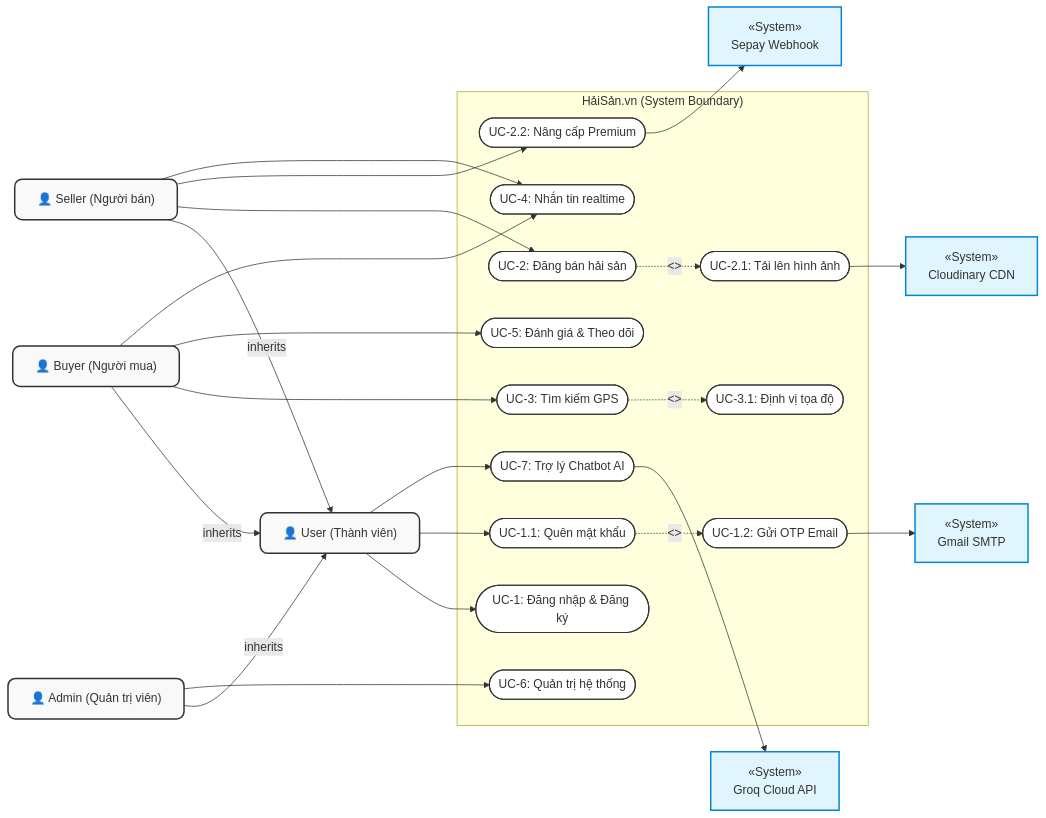
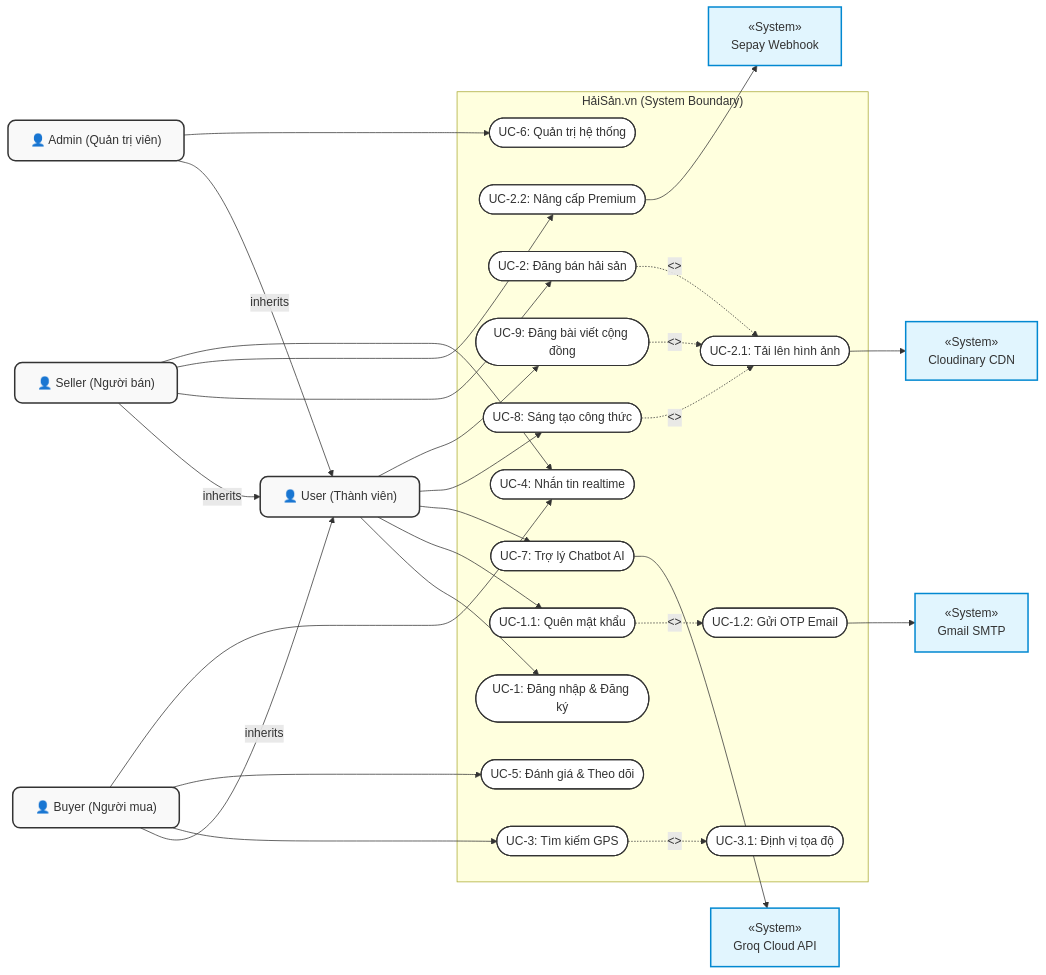
The first of 2 diagrams in docs/MIDTERM_PROGRESS_REPORT_PLAN.md (fptu-se-su26/swp391-su26-ai-audit-project-swp391_se20a04_group-06), drawn with Mermaid before and after one commit. The commit also changed other lines of this file, not shown here.

Commit message:
docs: add Community and Recipe features to report plan

````diff
--- a/docs/MIDTERM_PROGRESS_REPORT_PLAN.md
+++ b/docs/MIDTERM_PROGRESS_REPORT_PLAN.md
@@ -51,67 +53,73 @@
 ```mermaid
 flowchart LR
     %% Actors definition
     classDef actor fill:#f9f9f9,stroke:#333,stroke-width:2px,rx:10px;
     classDef system fill:#e1f5fe,stroke:#0288d1,stroke-width:2px;
     classDef usecase fill:#fff,stroke:#333,stroke-width:1.5px,rx:30px;
 
     User["👤 User (Thành viên)"]:::actor
     Buyer["👤 Buyer (Người mua)"]:::actor
     Seller["👤 Seller (Người bán)"]:::actor
     Admin["👤 Admin (Quản trị viên)"]:::actor
     
     Sepay["«System»\nSepay Webhook"]:::system
     Cloudinary["«System»\nCloudinary CDN"]:::system
     EmailSys["«System»\nGmail SMTP"]:::system
 
     %% Generalization (Kế thừa actor)
     Buyer -- inherits --> User
     Seller -- inherits --> User
     Admin -- inherits --> User
 
     subgraph SystemBoundary ["HảiSản.vn (System Boundary)"]
         UC_Auth([UC-1: Đăng nhập & Đăng ký]):::usecase
         UC_Forgot([UC-1.1: Quên mật khẩu]):::usecase
         UC_SendOTP([UC-1.2: Gửi OTP Email]):::usecase
         
         UC_CreateProduct([UC-2: Đăng bán hải sản]):::usecase
         UC_UploadImg([UC-2.1: Tải lên hình ảnh]):::usecase
         UC_UpgradePremium([UC-2.2: Nâng cấp Premium]):::usecase
         
         UC_Explore([UC-3: Tìm kiếm GPS]):::usecase
         UC_VerifyGPS([UC-3.1: Định vị tọa độ]):::usecase
         
         UC_Chat([UC-4: Nhắn tin realtime]):::usecase
         UC_Review([UC-5: Đánh giá & Theo dõi]):::usecase
         UC_Admin([UC-6: Quản trị hệ thống]):::usecase
         UC_Chatbot([UC-7: Trợ lý Chatbot AI]):::usecase
+        UC_Recipe([UC-8: Sáng tạo công thức]):::usecase
+        UC_Post([UC-9: Đăng bài viết cộng đồng]):::usecase
     end
 
     %% Links between Actors and Use Cases
     User --> UC_Auth
     User --> UC_Forgot
     User --> UC_Chatbot
+    User --> UC_Recipe
+    User --> UC_Post
     
     Buyer --> UC_Explore
     Buyer --> UC_Review
     
     Seller --> UC_CreateProduct
     Seller --> UC_UpgradePremium
     
     Buyer --> UC_Chat
     Seller --> UC_Chat
     
     Admin --> UC_Admin
 
     %% Include / Extend relationships
     UC_Forgot -. "<<include>>" .-> UC_SendOTP
     UC_CreateProduct -. "<<include>>" .-> UC_UploadImg
     UC_Explore -. "<<include>>" .-> UC_VerifyGPS
+    UC_Recipe -. "<<include>>" .-> UC_UploadImg
+    UC_Post -. "<<include>>" .-> UC_UploadImg
     
     %% Connections to external systems
     GroqSys["«System»\nGroq Cloud API"]:::system
     UC_SendOTP --> EmailSys
     UC_UploadImg --> Cloudinary
     UC_UpgradePremium --> Sepay
     UC_Chatbot --> GroqSys
 ```
````
